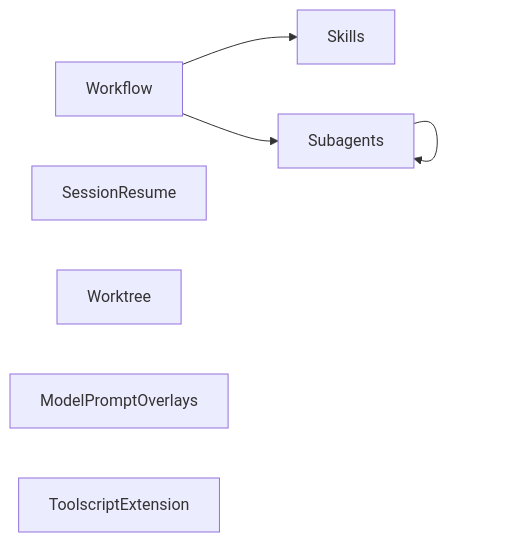
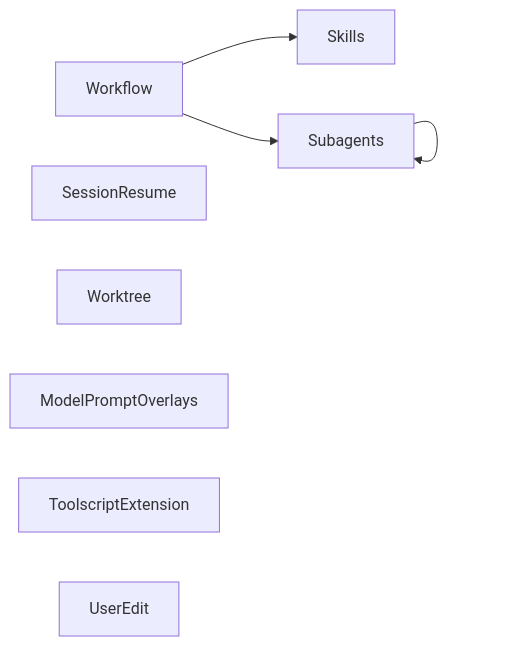
One commit to alennartz/my-pi changed the first of 2 diagrams in codemap.md. Above: the diagram before and after it, drawn with Mermaid. The commit also changed other lines of this file and 4 other files, not shown here.

Commit message:
cleanup: user-edit-tool - codemap update, docs update, artifact removal

````diff
--- a/codemap.md
+++ b/codemap.md
@@ -7,10 +7,11 @@
 ```mermaid
 graph LR
   Workflow --> Skills
   Workflow --> Subagents
   Subagents --> Subagents
   SessionResume
   Worktree
   ModelPromptOverlays
   ToolscriptExtension
+  UserEdit
 ```
````
